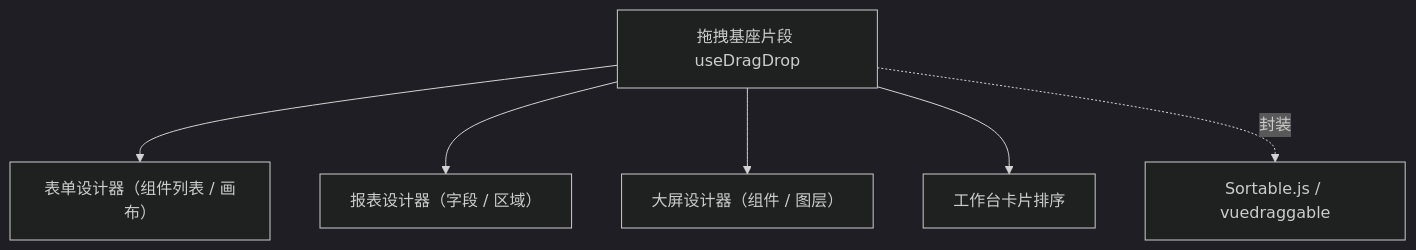
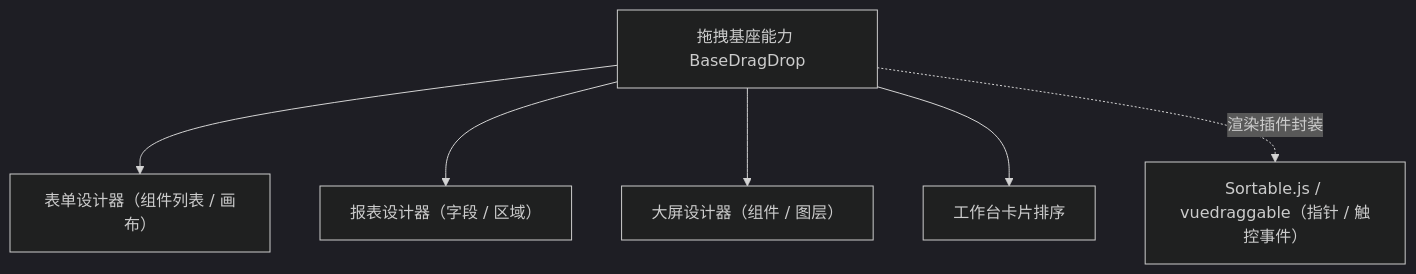
One commit to minjian123/basic-management-system changed the diagram in bms文档/设计/组件设计/02_基础组件类/02_能力片段/23_组件设计_拖拽基座片段/23_组件设计_拖拽基座片段.md. Above: the diagram before and after it, drawn with Mermaid (dark theme). The commit also changed other lines of this file and 49 other files, not shown here.

````diff
--- a/bms文档/设计/组件设计/02_基础组件类/02_能力片段/23_组件设计_拖拽基座片段/23_组件设计_拖拽基座片段.md
+++ b/bms文档/设计/组件设计/02_基础组件类/02_能力片段/23_组件设计_拖拽基座片段/23_组件设计_拖拽基座片段.md
@@ -15,8 +15,8 @@
 ```mermaid
 flowchart TD
-    DD["拖拽基座片段 useDragDrop"] --> F["表单设计器（组件列表 / 画布）"]
+    DD["拖拽基座能力 BaseDragDrop"] --> F["表单设计器（组件列表 / 画布）"]
     DD --> R["报表设计器（字段 / 区域）"]
     DD --> S["大屏设计器（组件 / 图层）"]
     DD --> W["工作台卡片排序"]
-    DD -. 封装 .-> LIB["Sortable.js / vuedraggable"]
+    DD -. 渲染插件封装 .-> LIB["Sortable.js / vuedraggable（指针 / 触控事件）"]
 ```
````
